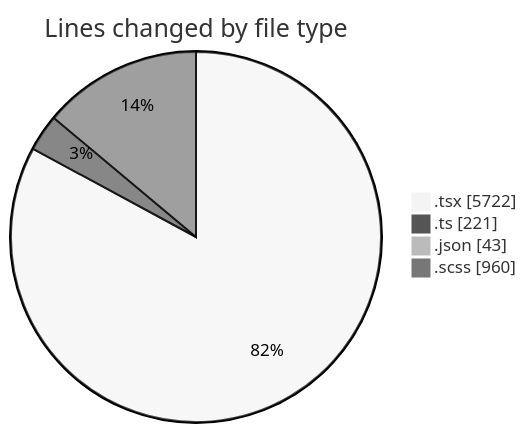
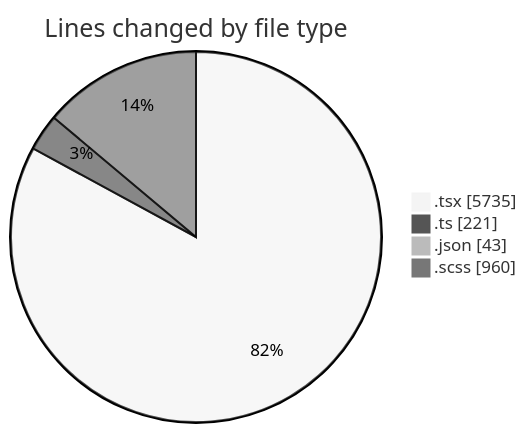
One commit to momahboobian/code-tracking changed the first of 2 diagrams in 2025-09-23/cda/README.md. Above: the diagram before and after it, drawn with Mermaid (neutral theme). The commit also changed other lines of this file and 1 other file, not shown here.

````diff
--- a/2025-09-23/cda/README.md
+++ b/2025-09-23/cda/README.md
@@ -38,8 +38,8 @@
 ```mermaid
 pie showData
 title Lines changed by file type
-".tsx" : 5722
+".tsx" : 5735
 ".ts" : 221
 ".json" : 43
 ".scss" : 960
 ```
````
